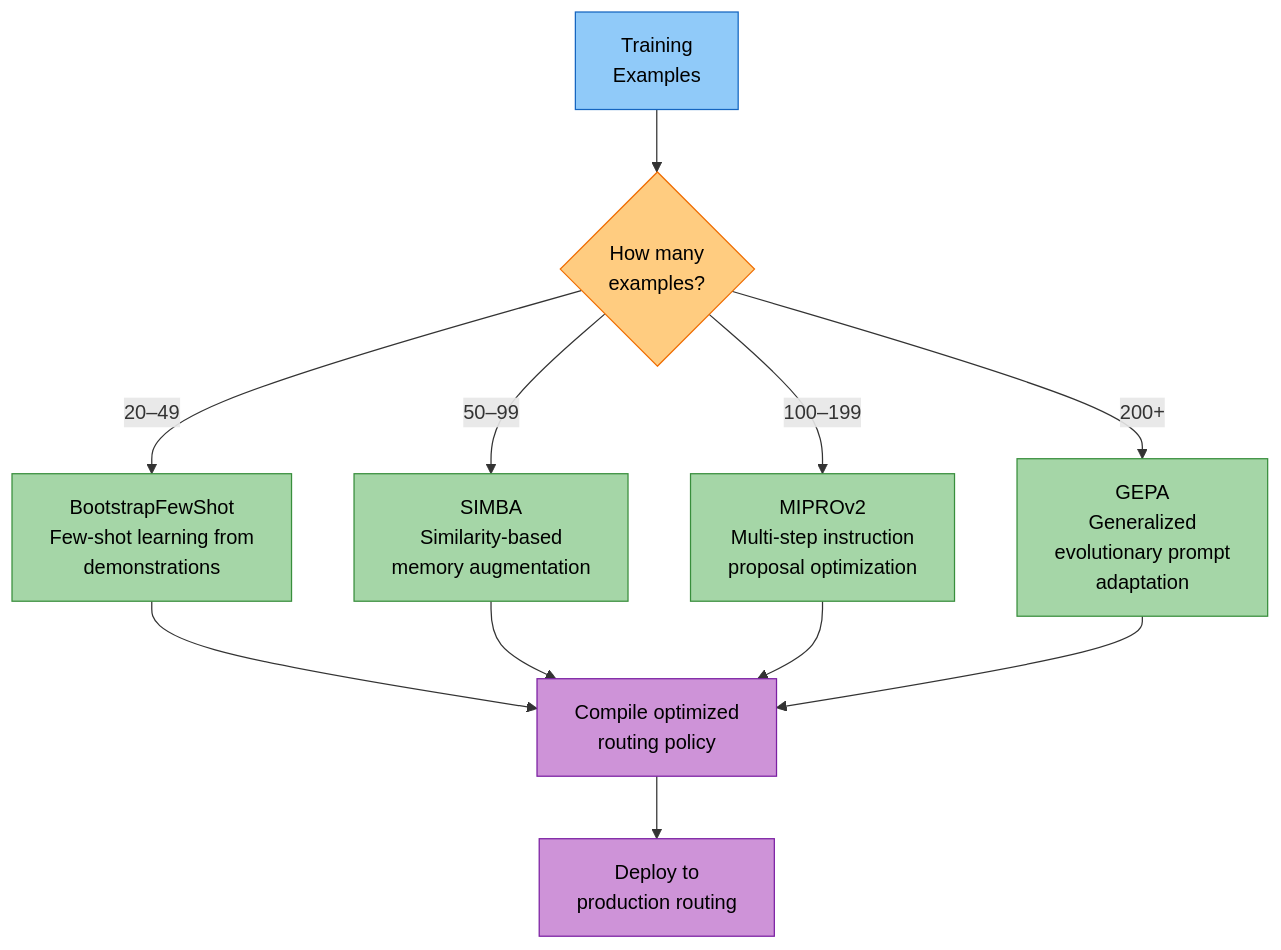
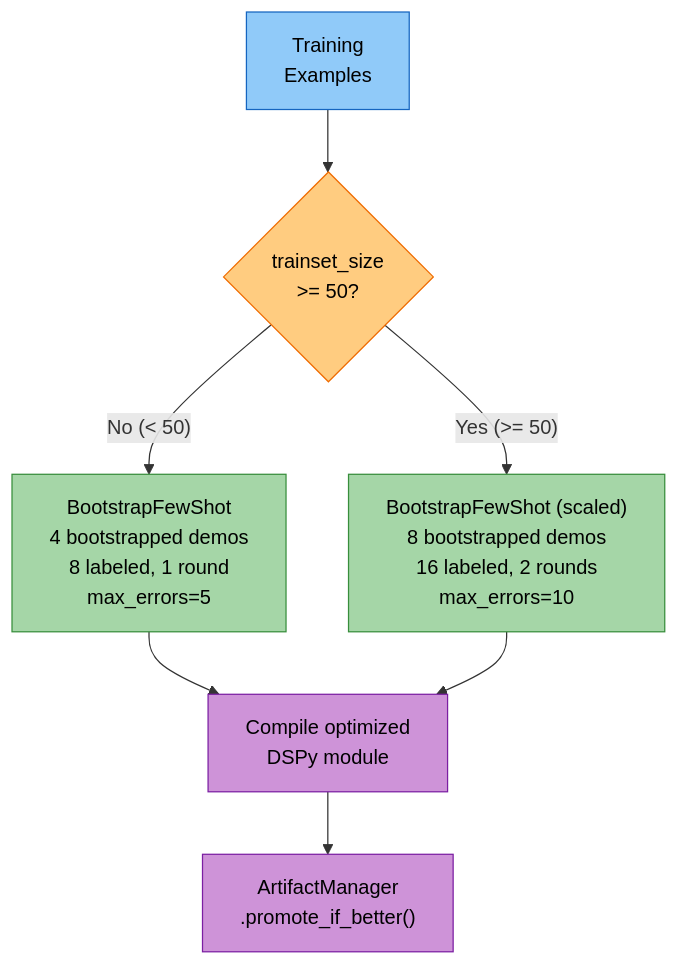
The fourth of 8 diagrams in docs/architecture/evaluation-optimization-loop.md (amit-jain/cogniverse), drawn with Mermaid before and after one commit. The commit also changed other lines of this file and 50 other files, not shown here.

First line of the commit message:
Complete and verify docs against code with mermaid palette

````diff
--- a/docs/architecture/evaluation-optimization-loop.md
+++ b/docs/architecture/evaluation-optimization-loop.md
@@ -353,21 +380,17 @@
 ```mermaid
 flowchart TD
-    DATA["<span style='color:#000'>Training<br/>Examples</span>"] --> CHECK{"<span style='color:#000'>How many<br/>examples?</span>"}
+    DATA["<span style='color:#000'>Training<br/>Examples</span>"] --> CHECK{"<span style='color:#000'>trainset_size<br/>>= 50?</span>"}
 
-    CHECK -- "20–49" --> BFS["<span style='color:#000'>BootstrapFewShot<br/>Few-shot learning from<br/>demonstrations</span>"]
-    CHECK -- "50–99" --> SIMBA["<span style='color:#000'>SIMBA<br/>Similarity-based<br/>memory augmentation</span>"]
-    CHECK -- "100–199" --> MIPRO["<span style='color:#000'>MIPROv2<br/>Multi-step instruction<br/>proposal optimization</span>"]
-    CHECK -- "200+" --> GEPA["<span style='color:#000'>GEPA<br/>Generalized<br/>evolutionary prompt<br/>adaptation</span>"]
+    CHECK -- "No (< 50)" --> SMALL["<span style='color:#000'>BootstrapFewShot<br/>4 bootstrapped demos<br/>8 labeled, 1 round<br/>max_errors=5</span>"]
+    CHECK -- "Yes (>= 50)" --> LARGE["<span style='color:#000'>BootstrapFewShot (scaled)<br/>8 bootstrapped demos<br/>16 labeled, 2 rounds<br/>max_errors=10</span>"]
 
-    BFS & SIMBA & MIPRO & GEPA --> COMPILE["<span style='color:#000'>Compile optimized<br/>routing policy</span>"]
-    COMPILE --> DEPLOY["<span style='color:#000'>Deploy to<br/>production routing</span>"]
+    SMALL & LARGE --> COMPILE["<span style='color:#000'>Compile optimized<br/>DSPy module</span>"]
+    COMPILE --> PROMOTE["<span style='color:#000'>ArtifactManager<br/>.promote_if_better()</span>"]
 
     style DATA fill:#90caf9,stroke:#1565c0,color:#000
     style CHECK fill:#ffcc80,stroke:#ef6c00,color:#000
-    style BFS fill:#a5d6a7,stroke:#388e3c,color:#000
-    style SIMBA fill:#a5d6a7,stroke:#388e3c,color:#000
-    style MIPRO fill:#a5d6a7,stroke:#388e3c,color:#000
-    style GEPA fill:#a5d6a7,stroke:#388e3c,color:#000
+    style SMALL fill:#a5d6a7,stroke:#388e3c,color:#000
+    style LARGE fill:#a5d6a7,stroke:#388e3c,color:#000
     style COMPILE fill:#ce93d8,stroke:#7b1fa2,color:#000
-    style DEPLOY fill:#ce93d8,stroke:#7b1fa2,color:#000
+    style PROMOTE fill:#ce93d8,stroke:#7b1fa2,color:#000
 ```
````
